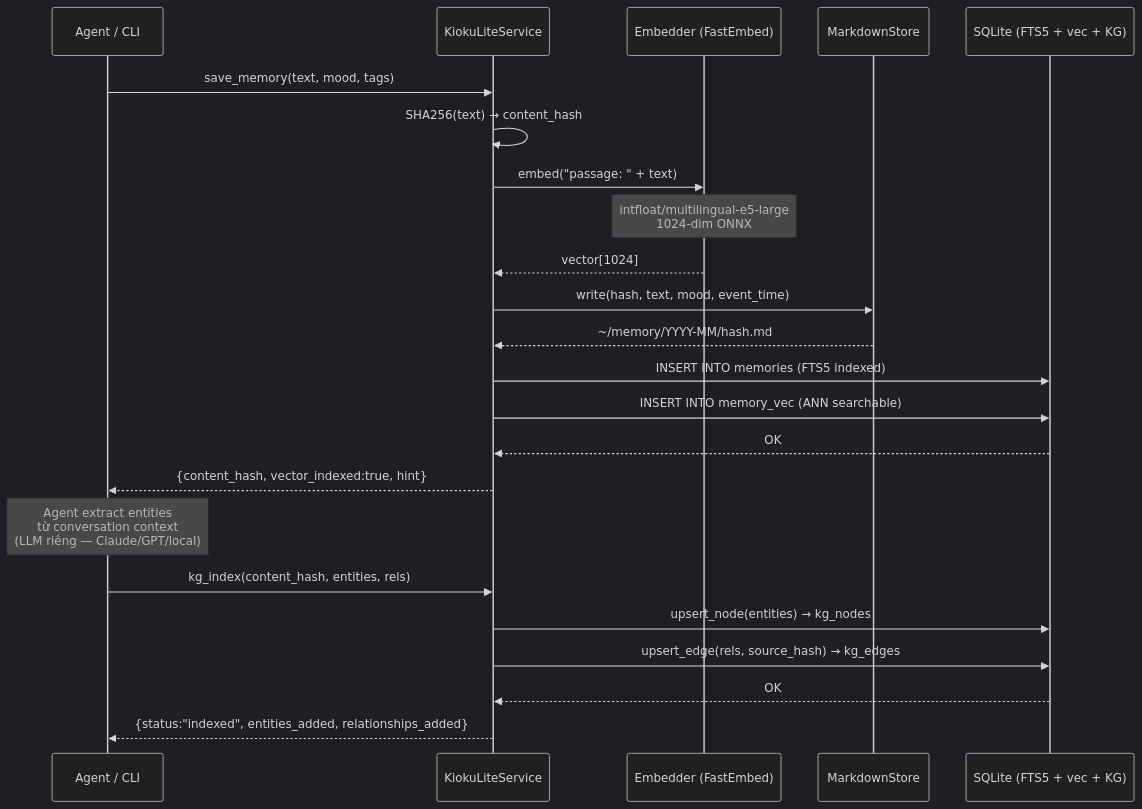
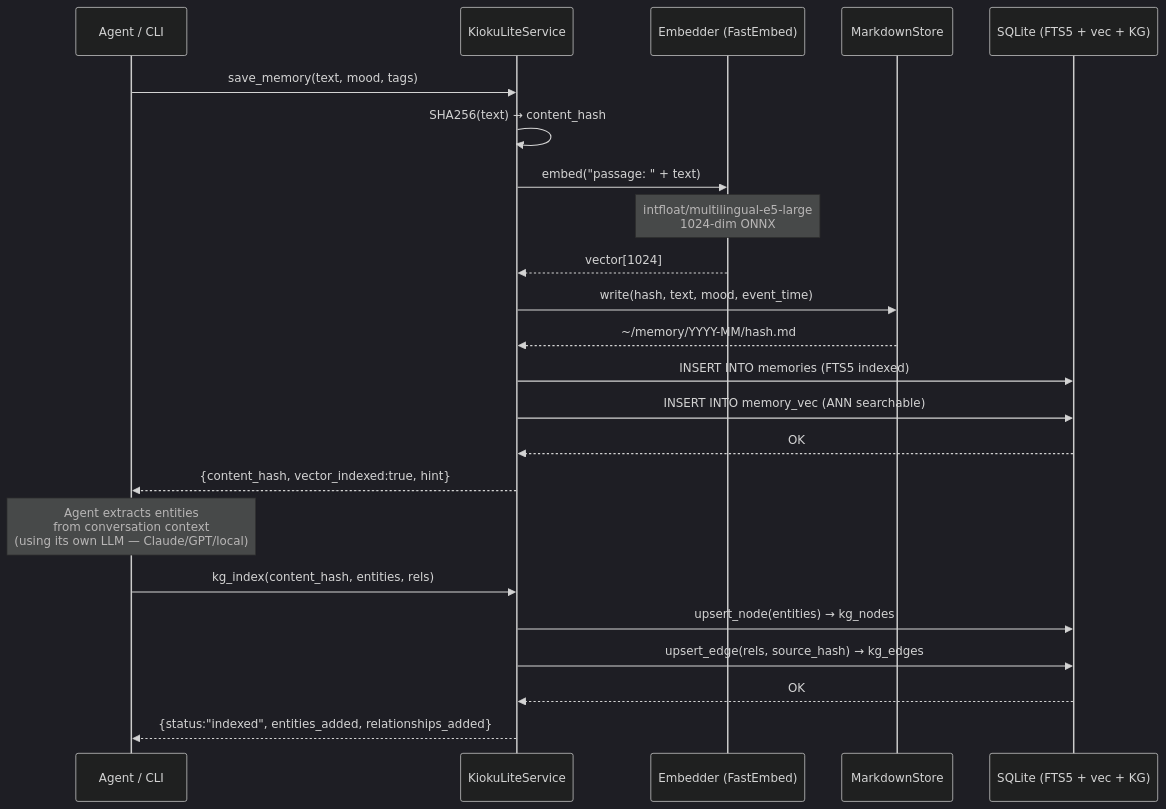
Before and after one commit to chaien0609/kioku-agent-kit-lite: the diagram in docs/architecture/02-write-save-kg-index.md, drawn with Mermaid (dark theme). The commit also changed other lines of this file and 2 other files, not shown here.

````diff
--- a/docs/architecture/02-write-save-kg-index.md
+++ b/docs/architecture/02-write-save-kg-index.md
@@ -53,31 +53,31 @@
 ```mermaid
 sequenceDiagram
     participant A as Agent / CLI
     participant S as KiokuLiteService
     participant E as Embedder (FastEmbed)
     participant MD as MarkdownStore
     participant DB as SQLite (FTS5 + vec + KG)
 
     A->>S: save_memory(text, mood, tags)
     S->>S: SHA256(text) → content_hash
     S->>E: embed("passage: " + text)
     Note over E: intfloat/multilingual-e5-large<br/>1024-dim ONNX
     E-->>S: vector[1024]
 
     S->>MD: write(hash, text, mood, event_time)
     MD-->>S: ~/memory/YYYY-MM/hash.md
 
     S->>DB: INSERT INTO memories (FTS5 indexed)
     S->>DB: INSERT INTO memory_vec (ANN searchable)
     DB-->>S: OK
 
     S-->>A: {content_hash, vector_indexed:true, hint}
 
-    Note over A: Agent extract entities<br/>từ conversation context<br/>(LLM riêng — Claude/GPT/local)
+    Note over A: Agent extracts entities<br/>from conversation context<br/>(using its own LLM — Claude/GPT/local)
 
     A->>S: kg_index(content_hash, entities, rels)
     S->>DB: upsert_node(entities) → kg_nodes
     S->>DB: upsert_edge(rels, source_hash) → kg_edges
     DB-->>S: OK
     S-->>A: {status:"indexed", entities_added, relationships_added}
 ```
````
